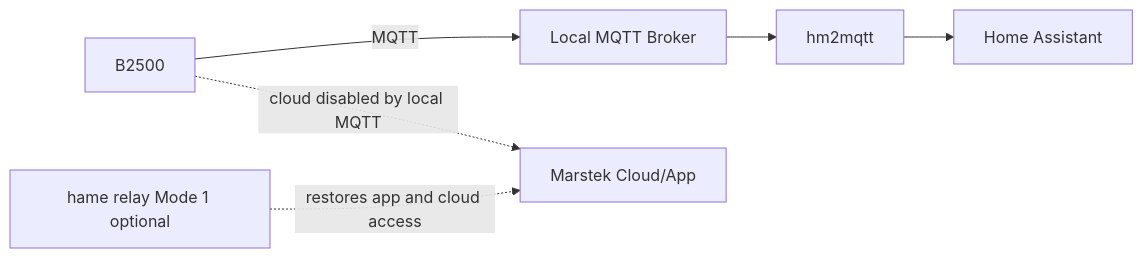
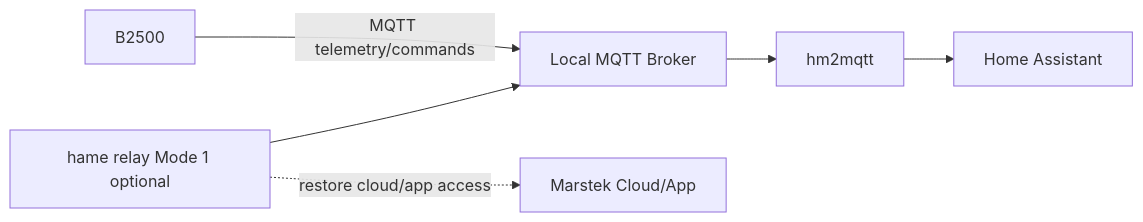
One commit to tomquist/hm2mqtt changed the first of 2 diagrams in README.md. Above: the diagram before and after it, drawn with Mermaid. The commit also changed other lines of this file, not shown here.

Commit message:
docs: correct flow diagrams so hm2mqtt/hame-relay connect via local broker

````diff
--- a/README.md
+++ b/README.md
@@ -37,8 +37,8 @@
 ```mermaid
 flowchart LR
-    A[B2500] -->|MQTT| B[Local MQTT Broker]
+    A[B2500] -->|MQTT telemetry/commands| B[Local MQTT Broker]
     B --> C[hm2mqtt]
     C --> D[Home Assistant]
-    A -. cloud disabled by local MQTT .-> E[Marstek Cloud/App]
-    F[hame relay Mode 1 optional] -. restores app and cloud access .-> E
+    F[hame relay Mode 1 optional] --> B
+    F -. restore cloud/app access .-> E[Marstek Cloud/App]
 ```
````
